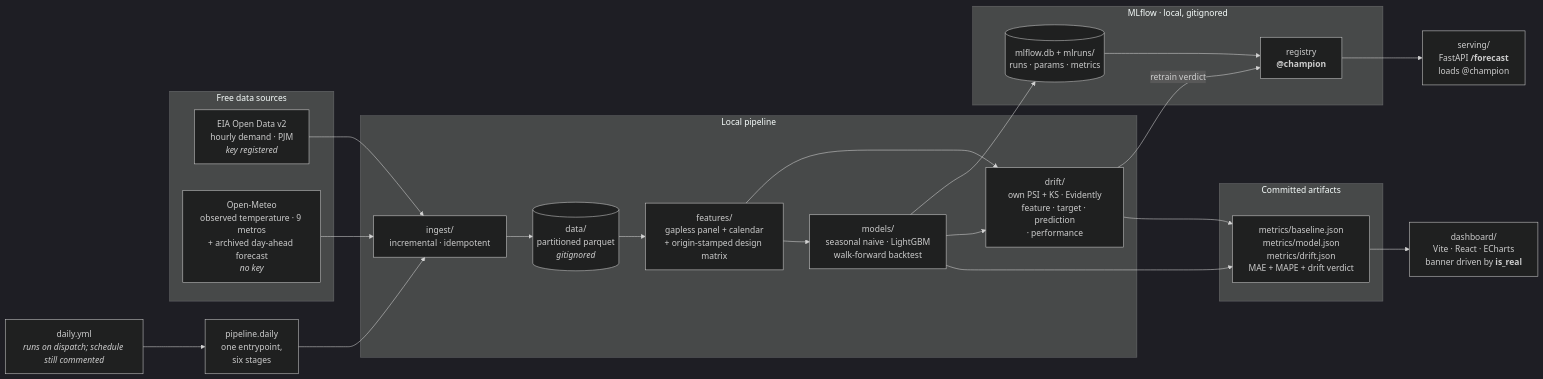
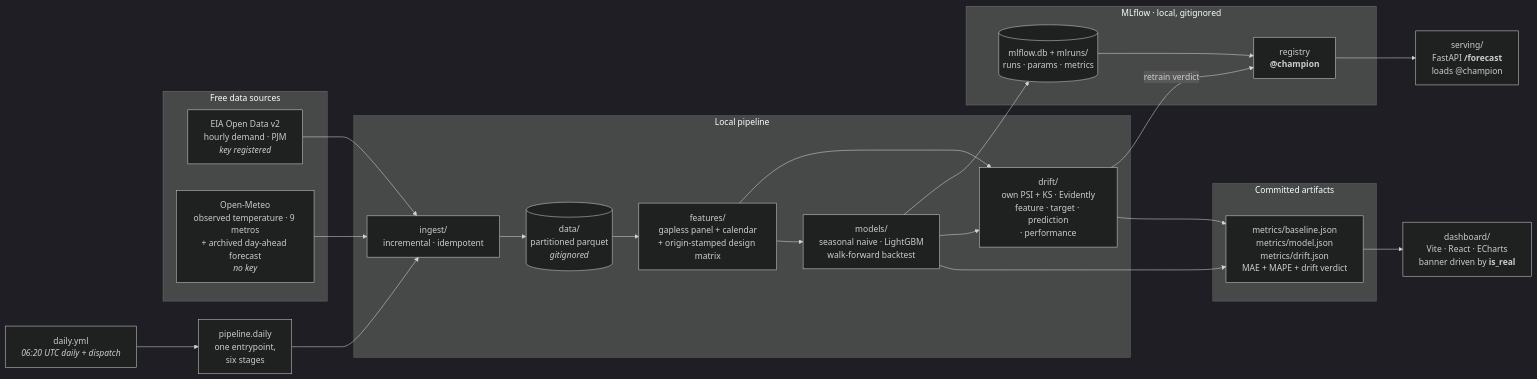
One commit to rmonteiro-pereira/energy-forecast-drift changed the diagram in README.md. Above: the diagram before and after it, drawn with Mermaid (dark theme). The commit also changed other lines of this file and 1 other file, not shown here.

````diff
--- a/README.md
+++ b/README.md
@@ -114,37 +124,37 @@
 ```mermaid
 flowchart LR
     subgraph sources["Free data sources"]
         EIA["EIA Open Data v2<br/>hourly demand · PJM<br/><i>key registered</i>"]
         OM["Open-Meteo<br/>observed temperature · 9 metros<br/>+ archived day-ahead forecast<br/><i>no key</i>"]
     end
 
     subgraph pipeline["Local pipeline"]
         ING["ingest/<br/>incremental · idempotent"]
         LAKE[("data/<br/>partitioned parquet<br/><i>gitignored</i>")]
         FEAT["features/<br/>gapless panel + calendar<br/>+ origin-stamped design matrix"]
         MODEL["models/<br/>seasonal naive · LightGBM<br/>walk-forward backtest"]
         DRIFT["drift/<br/>own PSI + KS · Evidently<br/>feature · target · prediction<br/>· performance"]
     end
 
     subgraph mlops["MLflow · local, gitignored"]
         TRACK[("mlflow.db + mlruns/<br/>runs · params · metrics")]
         REG["registry<br/><b>@champion</b>"]
     end
 
     subgraph published["Committed artifacts"]
         METRICS["metrics/baseline.json<br/>metrics/model.json<br/>metrics/drift.json<br/>MAE + MAPE + drift verdict"]
     end
 
     EIA --> ING
     OM --> ING
     ING --> LAKE --> FEAT --> MODEL --> METRICS
     FEAT --> DRIFT --> METRICS
     MODEL --> DRIFT
     MODEL --> TRACK --> REG
     DRIFT -->|"retrain verdict"| REG
     REG --> SERVE["serving/<br/>FastAPI <b>/forecast</b><br/>loads @champion"]
 
-    CRON["daily.yml<br/><i>runs on dispatch; schedule still commented</i>"] --> PIPE["pipeline.daily<br/>one entrypoint,<br/>six stages"]
+    CRON["daily.yml<br/><i>06:20 UTC daily + dispatch</i>"] --> PIPE["pipeline.daily<br/>one entrypoint,<br/>six stages"]
     PIPE --> ING
     METRICS --> DASH["dashboard/<br/>Vite · React · ECharts<br/>banner driven by <b>is_real</b>"]
 ```
````
